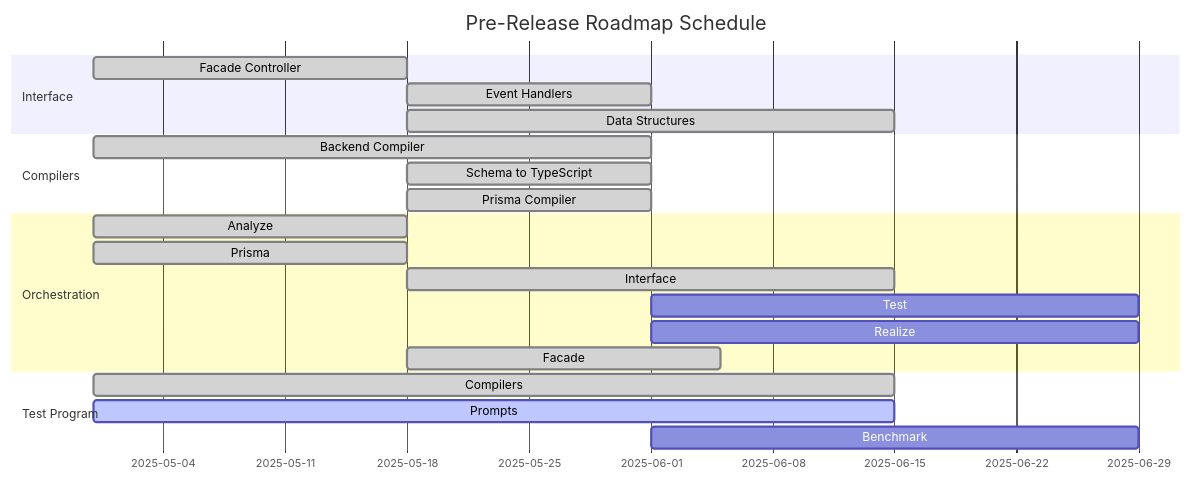
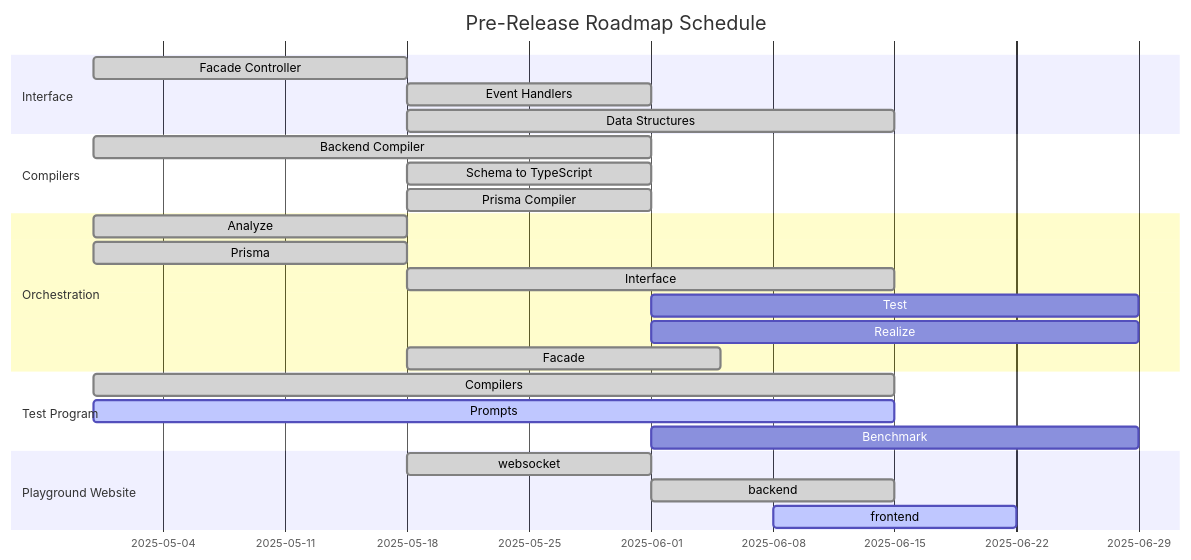
The third of 3 diagrams in README.md (wrtnlabs/autobe), drawn with Mermaid before and after one commit.

Commit message:
Also playground website

````diff
--- a/README.md
+++ b/README.md
@@ -404,28 +404,33 @@
 ```mermaid
 gantt
   dateFormat YYYY-MM-DD
   title Pre-Release Roadmap Schedule
 
   section Interface
   Facade Controller: done, 2025-04-30, 18d
   Event Handlers:    done, 2025-05-18, 14d
   Data Structures:   done, 2025-05-18, 28d
 
   section Compilers
   Backend Compiler:     done, 2025-04-30, 32d
   Schema to TypeScript: done, 2025-05-18, 14d
   Prisma Compiler:      done, 2025-05-18, 14d
 
   section Orchestration
   Analyze  : done,    2025-04-30, 18d
   Prisma   : done,    2025-04-30, 18d
   Interface: done,    2025-05-18, 28d
   Test     : planned, 2025-06-01, 28d
   Realize  : planned, 2025-06-01, 28d
   Facade   : done,    2025-05-18, 18d
 
   section Test Program
   Compilers: done,    2025-04-30, 46d
   Prompts:   active,  2025-04-30, 46d
   Benchmark: planned, 2025-06-01, 28d
+
+  section Playground Website
+  websocket: done,   2025-05-18, 14d
+  backend  : done,   2025-06-01, 14d
+  frontend : active, 2025-06-08, 14d
 ```
````
